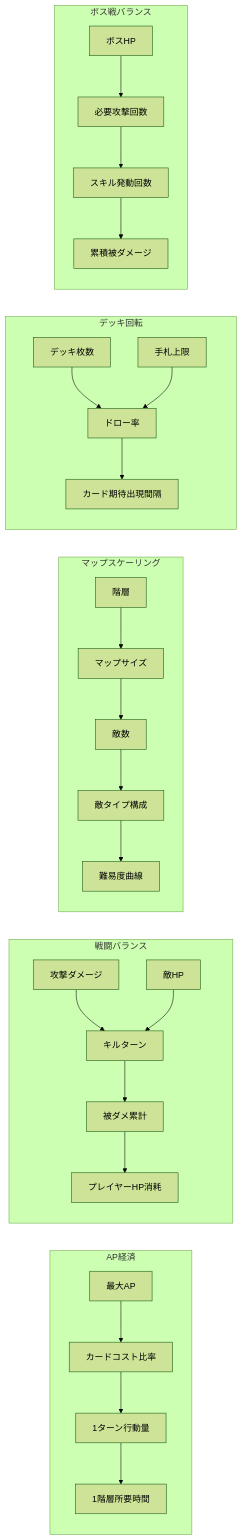
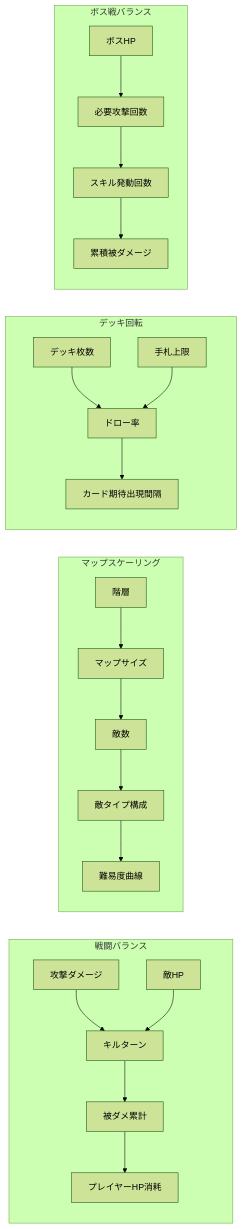
Before and after one commit to 2rumaki-playground/game-001-dungeon-cards: the diagram in docs/spec/balance-sheet.md, drawn with Mermaid (forest theme). The commit also changed other lines of this file and 6 other files, not shown here.

````diff
--- a/docs/spec/balance-sheet.md
+++ b/docs/spec/balance-sheet.md
@@ -122,34 +108,28 @@
 ```mermaid
 flowchart LR
-    subgraph AP経済
-        A1[最大AP] --> CC[カードコスト比率]
-        CC --> TA[1ターン行動量]
-        TA --> FT[1階層所要時間]
-    end
-
     subgraph 戦闘バランス
         D1[攻撃ダメージ] --> KT[キルターン]
         EHP[敵HP] --> KT[キルターン]
         KT --> TD[被ダメ累計]
         TD --> PH[プレイヤーHP消耗]
     end
 
     subgraph マップスケーリング
         FL[階層] --> MS[マップサイズ]
         MS --> EN[敵数]
         EN --> ET[敵タイプ構成]
         ET --> DC[難易度曲線]
     end
 
     subgraph デッキ回転
         DS[デッキ枚数] --> DR[ドロー率]
         HL[手札上限] --> DR[ドロー率]
         DR --> CI[カード期待出現間隔]
     end
 
     subgraph ボス戦バランス
         BH[ボスHP] --> AR[必要攻撃回数]
         AR --> SC[スキル発動回数]
         SC --> BD[累積被ダメージ]
     end
 ```
````
